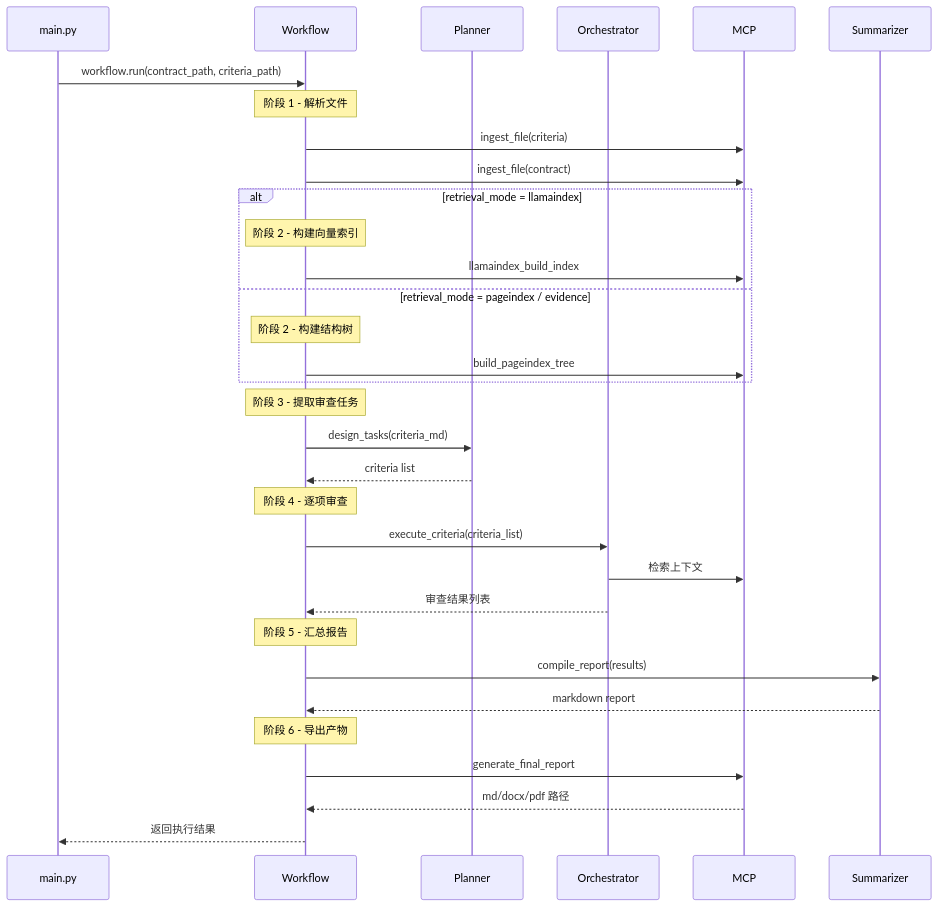
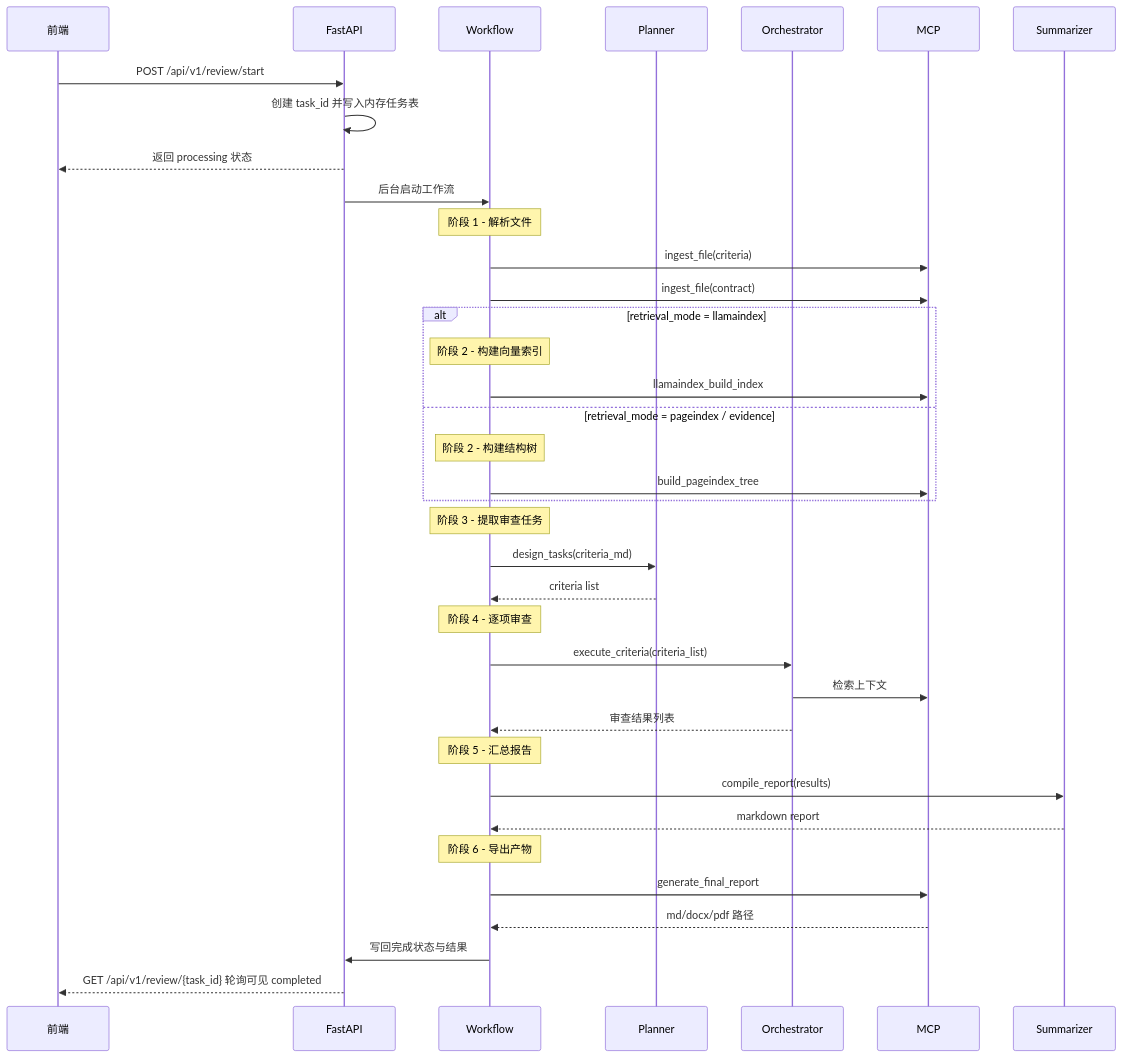
One commit to HoeTee/contract_agent changed the third of 6 diagrams in project_intro/ARCHITECTURE.md. Above: the diagram before and after it, drawn with Mermaid. The commit also changed other lines of this file and 106 other files, not shown here.

````diff
--- a/project_intro/ARCHITECTURE.md
+++ b/project_intro/ARCHITECTURE.md
@@ -142,42 +144,48 @@
 ```mermaid
 sequenceDiagram
-    participant CLI as main.py
+    participant UI as 前端
+    participant API as FastAPI
     participant WF as Workflow
     participant Planner as Planner
     participant Orch as Orchestrator
     participant MCP as MCP
     participant Sum as Summarizer
 
-    CLI->>WF: workflow.run(contract_path, criteria_path)
+    UI->>API: POST /api/v1/review/start
+    API->>API: 创建 task_id 并写入内存任务表
+    API-->>UI: 返回 processing 状态
+
+    API->>WF: 后台启动工作流
 
     Note over WF: 阶段 1 - 解析文件
     WF->>MCP: ingest_file(criteria)
     WF->>MCP: ingest_file(contract)
 
     alt retrieval_mode = llamaindex
         Note over WF: 阶段 2 - 构建向量索引
         WF->>MCP: llamaindex_build_index
     else retrieval_mode = pageindex / evidence
         Note over WF: 阶段 2 - 构建结构树
         WF->>MCP: build_pageindex_tree
     end
 
     Note over WF: 阶段 3 - 提取审查任务
     WF->>Planner: design_tasks(criteria_md)
     Planner-->>WF: criteria list
 
     Note over WF: 阶段 4 - 逐项审查
     WF->>Orch: execute_criteria(criteria_list)
     Orch->>MCP: 检索上下文
     Orch-->>WF: 审查结果列表
 
     Note over WF: 阶段 5 - 汇总报告
     WF->>Sum: compile_report(results)
     Sum-->>WF: markdown report
 
     Note over WF: 阶段 6 - 导出产物
     WF->>MCP: generate_final_report
     MCP-->>WF: md/docx/pdf 路径
 
-    WF-->>CLI: 返回执行结果
+    WF->>API: 写回完成状态与结果
+    API-->>UI: GET /api/v1/review/{task_id} 轮询可见 completed
 ```
````
